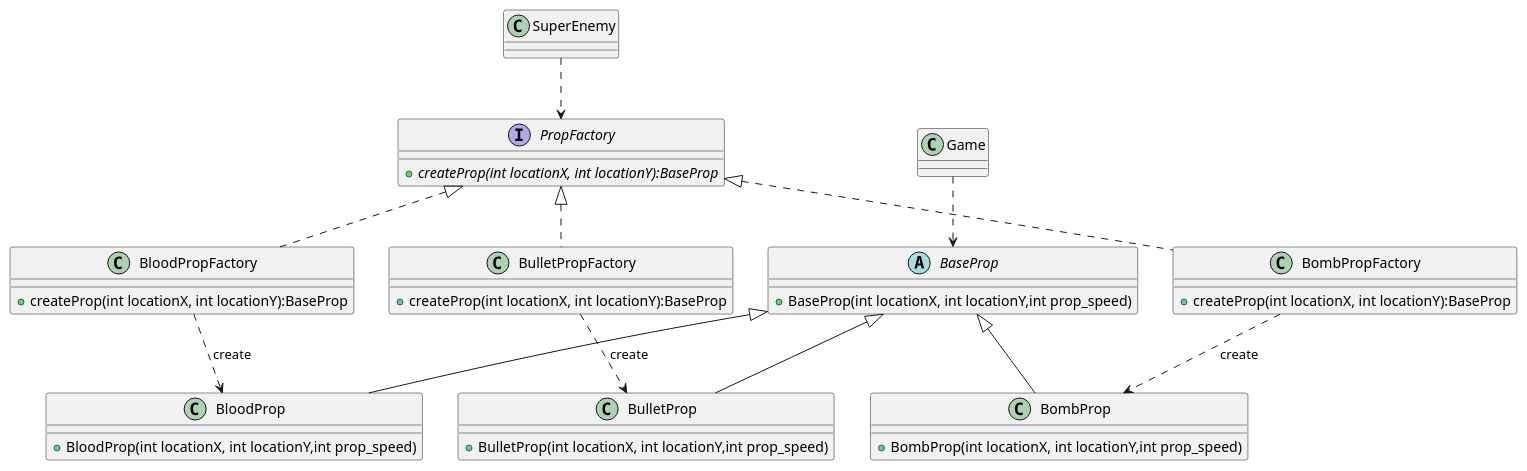
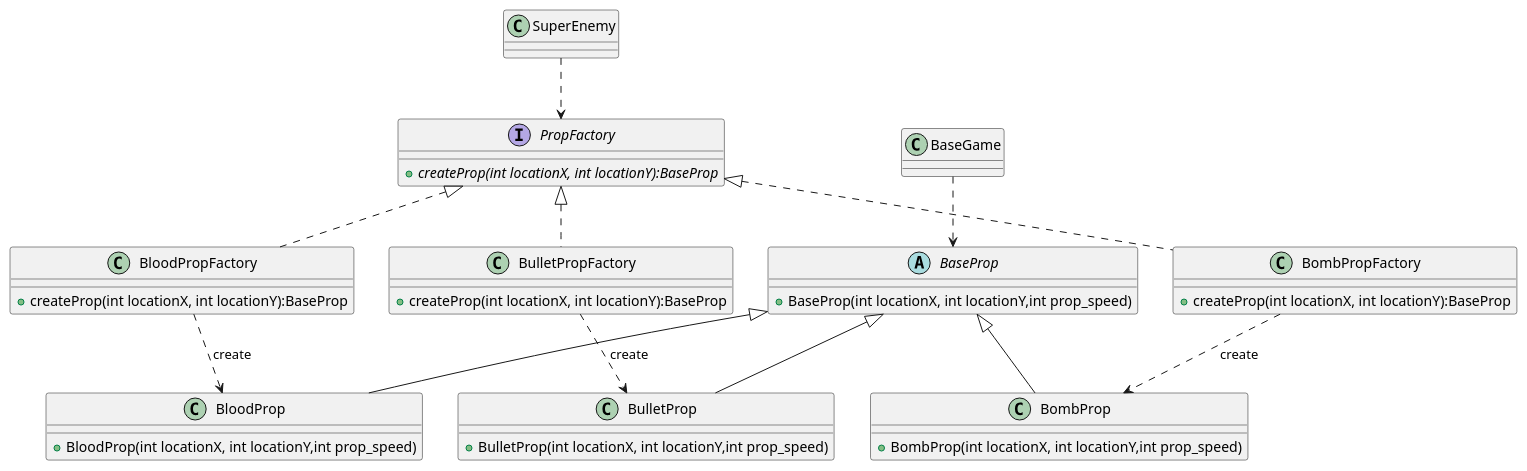
One commit to jirange/aircraft-war changed the diagram in uml/exp2-工厂模式道具UML类图.puml. Above: the diagram before and after it, drawn with PlantUML. The commit also changed 21 other files, not shown here.

```diff
--- a/uml/exp2-工厂模式道具UML类图.puml
+++ b/uml/exp2-工厂模式道具UML类图.puml
@@ -1,53 +1,53 @@
 @startuml
 'https://plantuml.com/sequence-diagram
 
 abstract class BaseProp {
 '道具类
     + BaseProp(int locationX, int locationY,int prop_speed)
 }
 
 
 class BloodProp {
 '加血道具类
     + BloodProp(int locationX, int locationY,int prop_speed)
 }
 
 class BombProp {
 '炸弹道具类
     + BombProp(int locationX, int locationY,int prop_speed)
 }
 
 class BulletProp {
 '火力道具类
     + BulletProp(int locationX, int locationY,int prop_speed)
 }
 
 BaseProp <|-- BloodProp
 BaseProp <|-- BombProp
 BaseProp <|-- BulletProp
 
 interface PropFactory{
     + {abstract} createProp(int locationX, int locationY):BaseProp
 }
 class BloodPropFactory {
      + createProp(int locationX, int locationY):BaseProp
 }
 class BombPropFactory {
     + createProp(int locationX, int locationY):BaseProp
 }
 class BulletPropFactory {
     + createProp(int locationX, int locationY):BaseProp
 }
 
 PropFactory <|.. BloodPropFactory
 PropFactory <|.. BombPropFactory
 PropFactory <|.. BulletPropFactory
 
 BloodPropFactory ..> BloodProp:"«create»"
 BombPropFactory ..> BombProp:"«create»"
 BulletPropFactory ..> BulletProp:"«create»"
 
 SuperEnemy ..> PropFactory
-Game ..> BaseProp
+BaseGame ..> BaseProp
 
 @enduml
```
